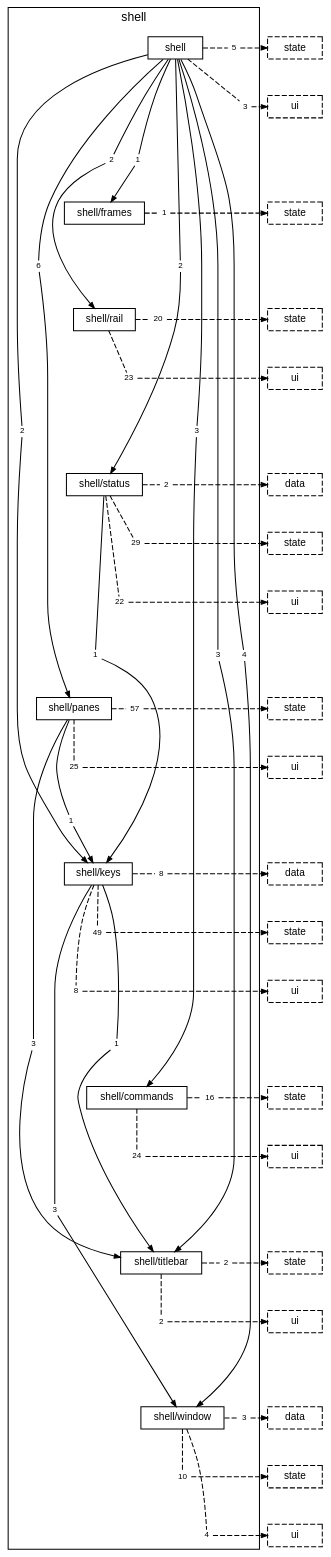
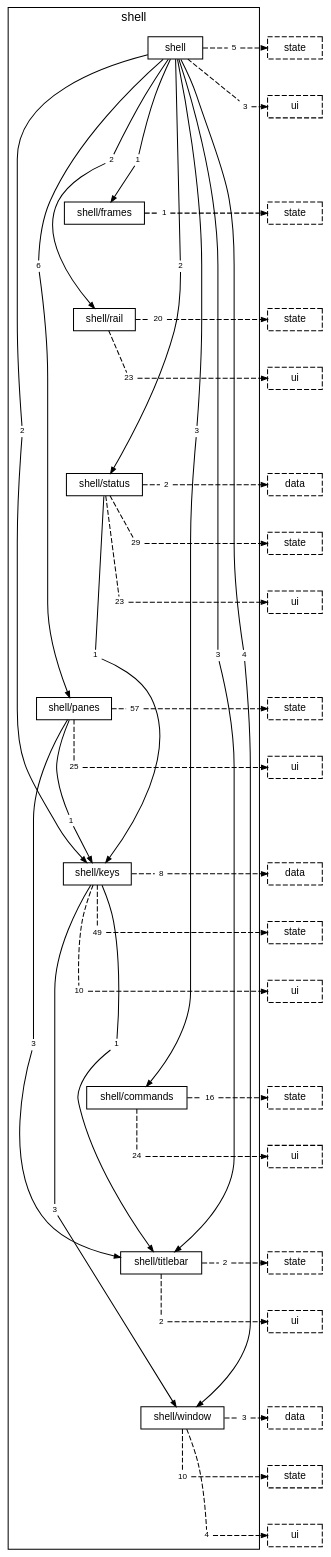
One commit to TheAxeC/oculus changed the diagram in docs/diagrams/layer-shell.dot. Above: the diagram before and after it, drawn with Graphviz. The commit also changed 47 other files, not shown here.

First line of the commit message:
Scroll the status bar and give the editor VS Code's keys

```diff
--- a/docs/diagrams/layer-shell.dot
+++ b/docs/diagrams/layer-shell.dot
@@ -29,7 +29,7 @@
         "folder shell/status to folder shell/keys" [label="1", shape=box, color="transparent", fontsize=8, width=0, height=0, margin="0.04,0.02"];
         "folder shell/status to layer data" [label="2", shape=box, color="transparent", fontsize=8, width=0, height=0, margin="0.04,0.02"];
         "folder shell/status to layer state" [label="29", shape=box, color="transparent", fontsize=8, width=0, height=0, margin="0.04,0.02"];
-        "folder shell/status to layer ui" [label="22", shape=box, color="transparent", fontsize=8, width=0, height=0, margin="0.04,0.02"];
+        "folder shell/status to layer ui" [label="23", shape=box, color="transparent", fontsize=8, width=0, height=0, margin="0.04,0.02"];
         "folder shell/panes to folder shell/keys" [label="1", shape=box, color="transparent", fontsize=8, width=0, height=0, margin="0.04,0.02"];
         "folder shell/panes to folder shell/titlebar" [label="3", shape=box, color="transparent", fontsize=8, width=0, height=0, margin="0.04,0.02"];
         "folder shell/panes to layer state" [label="57", shape=box, color="transparent", fontsize=8, width=0, height=0, margin="0.04,0.02"];
@@ -38,7 +38,7 @@
         "folder shell/keys to folder shell/window" [label="3", shape=box, color="transparent", fontsize=8, width=0, height=0, margin="0.04,0.02"];
         "folder shell/keys to layer data" [label="8", shape=box, color="transparent", fontsize=8, width=0, height=0, margin="0.04,0.02"];
         "folder shell/keys to layer state" [label="49", shape=box, color="transparent", fontsize=8, width=0, height=0, margin="0.04,0.02"];
-        "folder shell/keys to layer ui" [label="8", shape=box, color="transparent", fontsize=8, width=0, height=0, margin="0.04,0.02"];
+        "folder shell/keys to layer ui" [label="10", shape=box, color="transparent", fontsize=8, width=0, height=0, margin="0.04,0.02"];
         "folder shell/commands to layer state" [label="16", shape=box, color="transparent", fontsize=8, width=0, height=0, margin="0.04,0.02"];
         "folder shell/commands to layer ui" [label="24", shape=box, color="transparent", fontsize=8, width=0, height=0, margin="0.04,0.02"];
         "folder shell/titlebar to layer state" [label="2", shape=box, color="transparent", fontsize=8, width=0, height=0, margin="0.04,0.02"];
```
